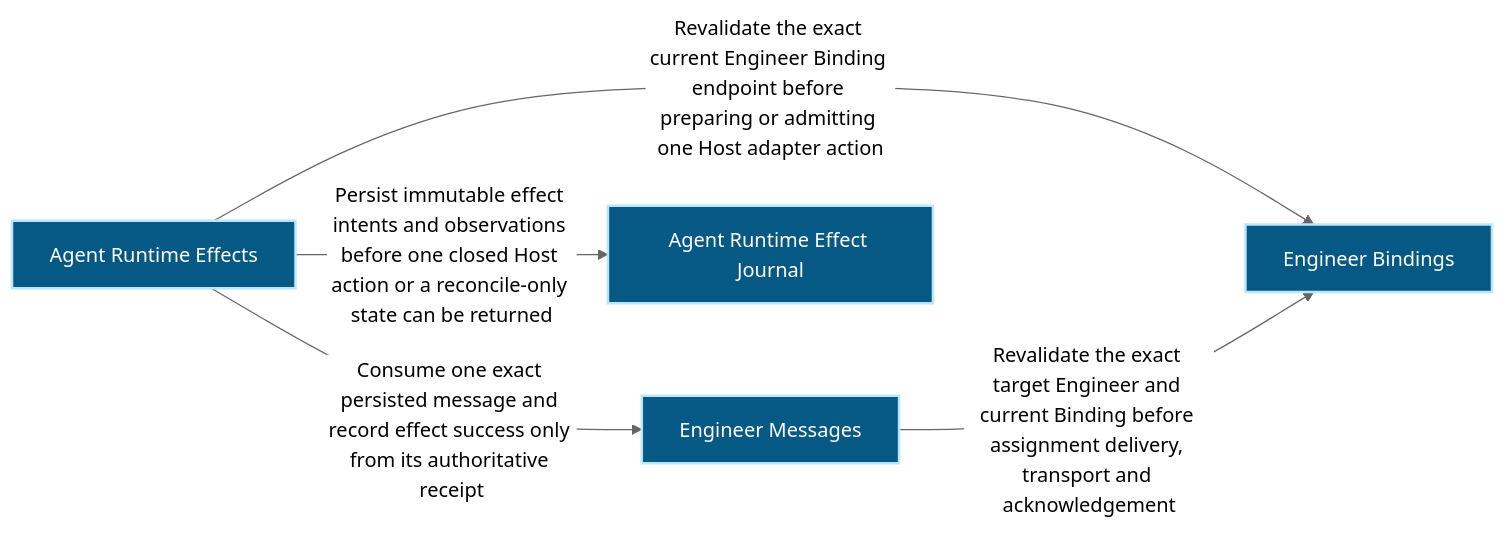
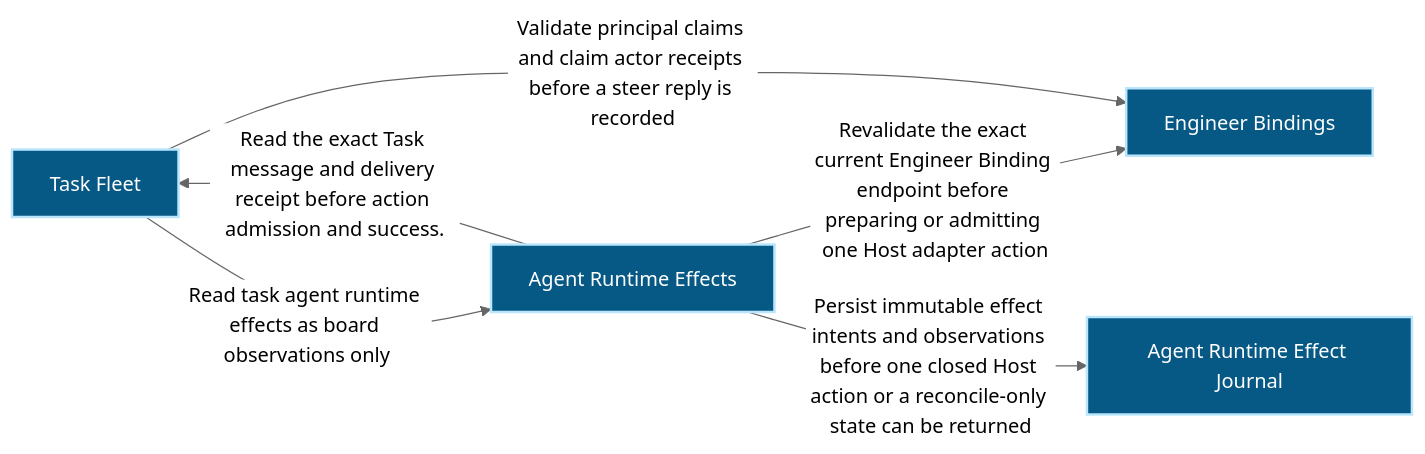
One commit to Ancienttwo/repo-harness changed the first of 2 diagrams in docs/architecture/modules/runtime-harness/agent-runtime-effects.md. Above: the diagram before and after it, drawn with Mermaid (neutral theme). The commit also changed other lines of this file and 24 other files, not shown here.

Commit message:
docs(architecture): rebuild projection after capability retirement

````diff
--- a/docs/architecture/modules/runtime-harness/agent-runtime-effects.md
+++ b/docs/architecture/modules/runtime-harness/agent-runtime-effects.md
@@ -16,15 +16,16 @@
 ```mermaid
 flowchart LR
+  p1_capability_organization_task_fleet_134b5125["Task Fleet"]:::component
   p1_capability_runtime_harness_agent_runtime_effects_f1bcf433["Agent Runtime Effects"]:::component
   p1_capability_runtime_harness_engineer_bindings_34c00f72["Engineer Bindings"]:::component
-  p1_capability_runtime_harness_engineer_messages_f10d1d17["Engineer Messages"]:::component
   p1_component_agent_runtime_effects_journal_f6727f8f["Agent Runtime Effect Journal"]:::component
   p1_capability_runtime_harness_agent_runtime_effects_f1bcf433 -->|"Revalidate the exact current Engineer Binding endpoint before preparing or admitting one Host adapter action"| p1_capability_runtime_harness_engineer_bindings_34c00f72
-  p1_capability_runtime_harness_agent_runtime_effects_f1bcf433 -->|"Consume one exact persisted message and record effect success only from its authoritative receipt"| p1_capability_runtime_harness_engineer_messages_f10d1d17
   p1_capability_runtime_harness_agent_runtime_effects_f1bcf433 -->|"Persist immutable effect intents and observations before one closed Host action or a reconcile-only state can be returned"| p1_component_agent_runtime_effects_journal_f6727f8f
-  p1_capability_runtime_harness_engineer_messages_f10d1d17 -->|"Revalidate the exact target Engineer and current Binding before assignment delivery#44; transport and acknowledgement"| p1_capability_runtime_harness_engineer_bindings_34c00f72
+  p1_capability_runtime_harness_agent_runtime_effects_f1bcf433 -->|"Read the exact Task message and delivery receipt before action admission and success."| p1_capability_organization_task_fleet_134b5125
+  p1_capability_organization_task_fleet_134b5125 -->|"Read task agent runtime effects as board observations only"| p1_capability_runtime_harness_agent_runtime_effects_f1bcf433
+  p1_capability_organization_task_fleet_134b5125 -->|"Validate principal claims and claim actor receipts before a steer reply is recorded"| p1_capability_runtime_harness_engineer_bindings_34c00f72
   classDef actor fill:#111827,color:#ffffff,stroke:#f9fafb,stroke-width:2px
   classDef component fill:#075985,color:#ffffff,stroke:#bae6fd,stroke-width:2px
   classDef datastore fill:#3f6212,color:#ffffff,stroke:#d9f99d,stroke-width:2px
   classDef external fill:#7c2d12,color:#ffffff,stroke:#fed7aa,stroke-width:2px
 ```
````
